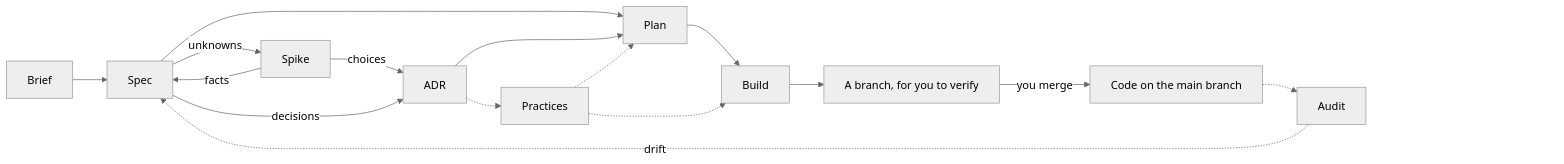
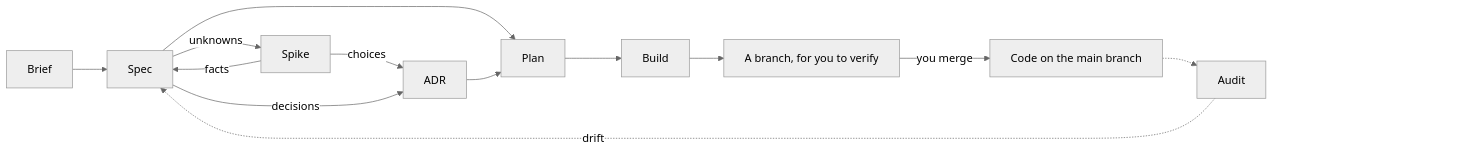
The diagram in README.md (michaelmarconi/agentic-engineering), drawn with Mermaid (neutral theme) before and after one commit. The commit also changed other lines of this file and 1 other file, not shown here.

Commit message:
Keep practices out of the lifecycle diagrams
The diagrams show only the steps in order; /practices is described in
the text and the second skills table, since it is not a step.

Claude-Session: https://claude.ai/code/session_01NCq9p5KNhv5KX7MZN7xBMv

````diff
--- a/README.md
+++ b/README.md
@@ -103,20 +103,17 @@
 ```mermaid
 flowchart LR
     Brief --> Spec
     Spec -->|unknowns| Spike
     Spike -->|facts| Spec
     Spike -->|choices| ADR
     Spec -->|decisions| ADR
     Spec --> Plan
     ADR --> Plan
     Plan --> Build
-    ADR -.-> Practices
-    Practices -.-> Plan
-    Practices -.-> Build
     Build --> Branch[A branch, for you to verify]
     Branch -->|you merge| Code[Code on the main branch]
     Code -.-> Audit
     Audit -.->|drift| Spec
     Audit ~~~ Pad["#nbsp;#nbsp;#nbsp;#nbsp;#nbsp;#nbsp;#nbsp;#nbsp;#nbsp;#nbsp;#nbsp;#nbsp;#nbsp;#nbsp;#nbsp;#nbsp;#nbsp;#nbsp;#nbsp;#nbsp;#nbsp;#nbsp;#nbsp;#nbsp;#nbsp;#nbsp;#nbsp;#nbsp;#nbsp;#nbsp;#nbsp;#nbsp;#nbsp;#nbsp;#nbsp;#nbsp;#nbsp;#nbsp;#nbsp;#nbsp;"]
     style Pad fill:none,stroke:none
 ```
````
